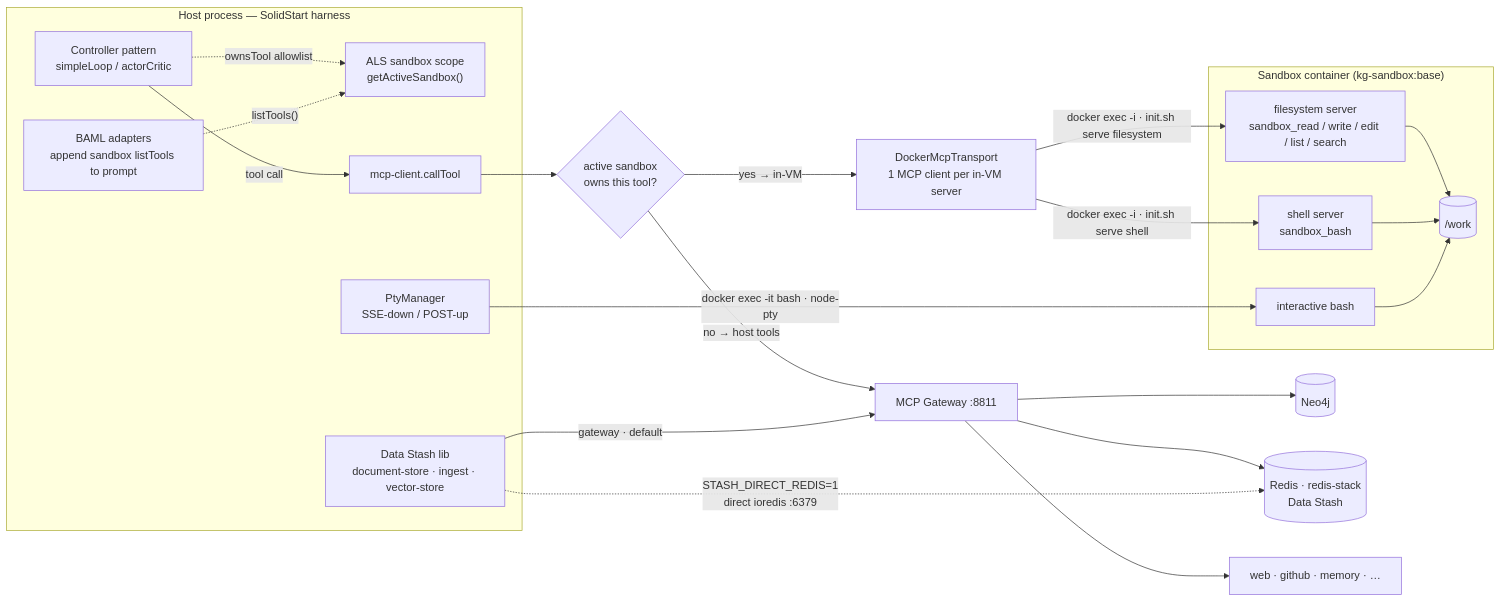
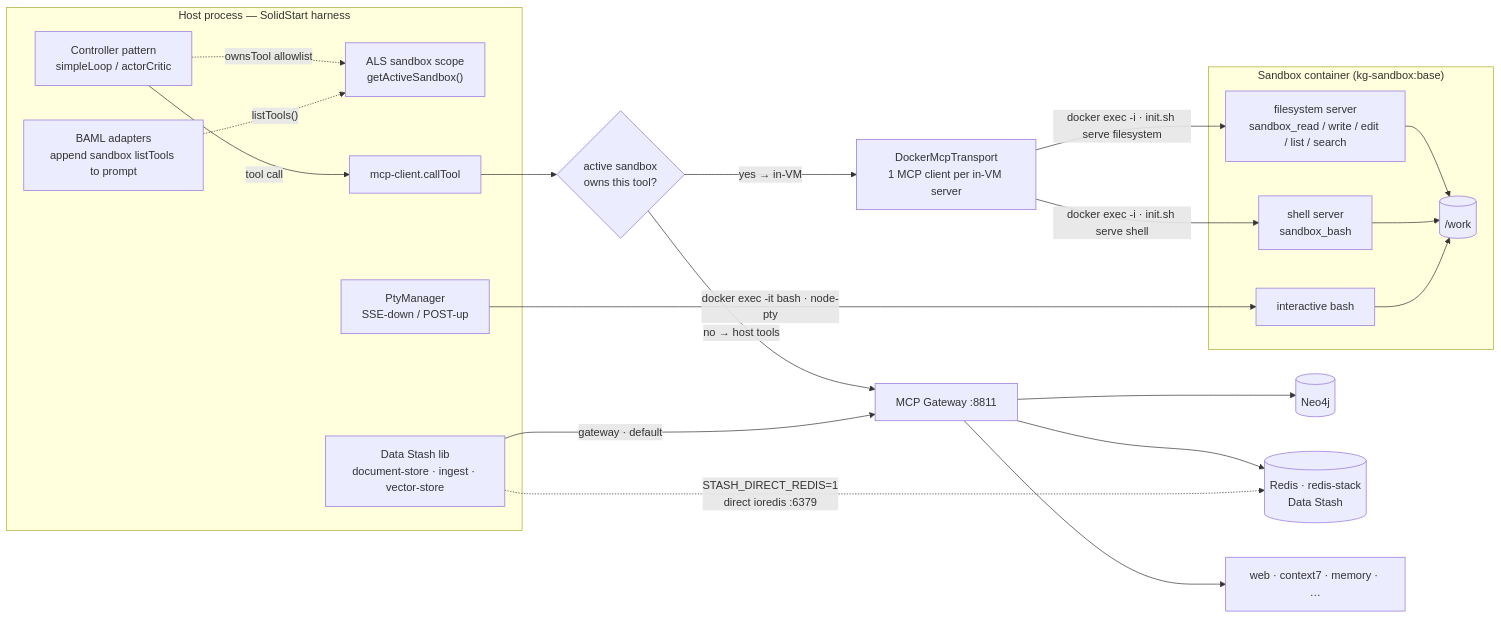
One commit to mknw/hames-playground changed the fourth of 4 diagrams in docs/data-flow.md. Above: the diagram before and after it, drawn with Mermaid. The commit also changed 27 other files, not shown here.

````diff
--- a/docs/data-flow.md
+++ b/docs/data-flow.md
@@ -257,40 +257,40 @@
 ```mermaid
 flowchart LR
     subgraph hostp["Host process — SolidStart harness"]
         CTRL["Controller pattern<br/>simpleLoop / actorCritic"]
         ALS["ALS sandbox scope<br/>getActiveSandbox()"]
         MCPC["mcp-client.callTool"]
         BAML["BAML adapters<br/>append sandbox listTools to prompt"]
         PTY["PtyManager<br/>SSE-down / POST-up"]
         STASH["Data Stash lib<br/>document-store · ingest · vector-store"]
     end
 
     CTRL -->|"tool call"| MCPC
     CTRL -.->|"ownsTool allowlist"| ALS
     BAML -.->|"listTools()"| ALS
     MCPC --> DECIDE{"active sandbox<br/>owns this tool?"}
 
     DECIDE -->|"no → host tools"| GW["MCP Gateway :8811"]
     GW --> NEO[("Neo4j")]
     GW --> RDS[("Redis · redis-stack<br/>Data Stash")]
-    GW --> WEBX["web · github · memory · …"]
+    GW --> WEBX["web · context7 · memory · …"]
 
     STASH -->|"gateway · default"| GW
     STASH -.->|"STASH_DIRECT_REDIS=1<br/>direct ioredis :6379"| RDS
 
     DECIDE -->|"yes → in-VM"| TRANS["DockerMcpTransport<br/>1 MCP client per in-VM server"]
 
     subgraph vm["Sandbox container (kg-sandbox:base)"]
         FS["filesystem server<br/>sandbox_read / write / edit / list / search"]
         SH["shell server<br/>sandbox_bash"]
         WORK[("/work")]
         BASH["interactive bash"]
     end
 
     TRANS -->|"docker exec -i · init.sh serve filesystem"| FS
     TRANS -->|"docker exec -i · init.sh serve shell"| SH
     FS --> WORK
     SH --> WORK
     PTY -->|"docker exec -it bash · node-pty"| BASH
     BASH --> WORK
 ```
````
